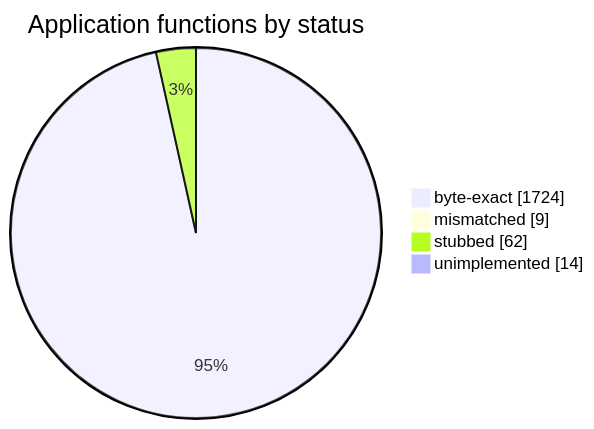
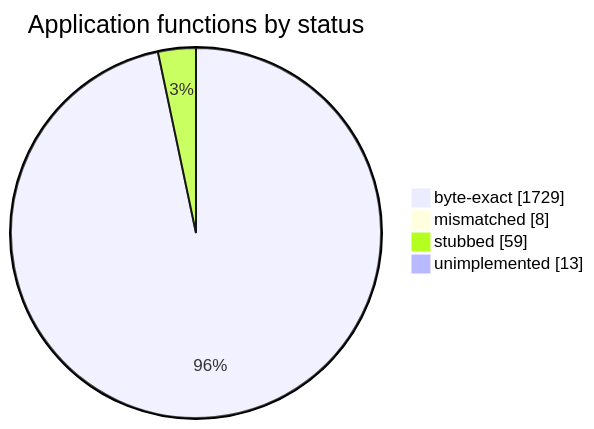
Before and after one commit to sorokya/eos: the diagram in README.md, drawn with Mermaid. The commit also changed other lines of this file and 2 other files, not shown here.

````diff
--- a/README.md
+++ b/README.md
@@ -154,8 +154,8 @@
 ```mermaid
 pie showData
     title Application functions by status
-    "byte-exact" : 1724
-    "mismatched" : 9
-    "stubbed" : 62
-    "unimplemented" : 14
+    "byte-exact" : 1729
+    "mismatched" : 8
+    "stubbed" : 59
+    "unimplemented" : 13
 ```
````
